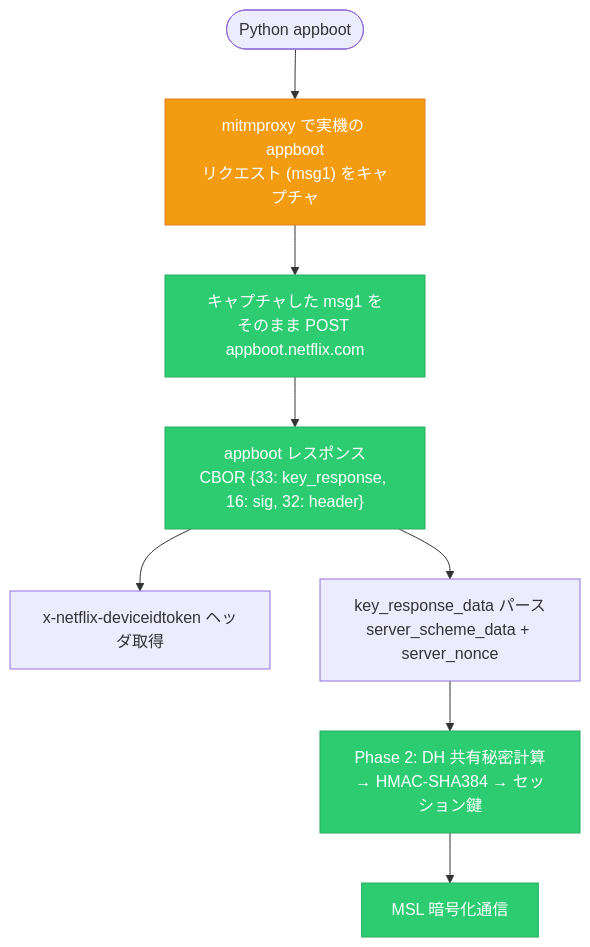
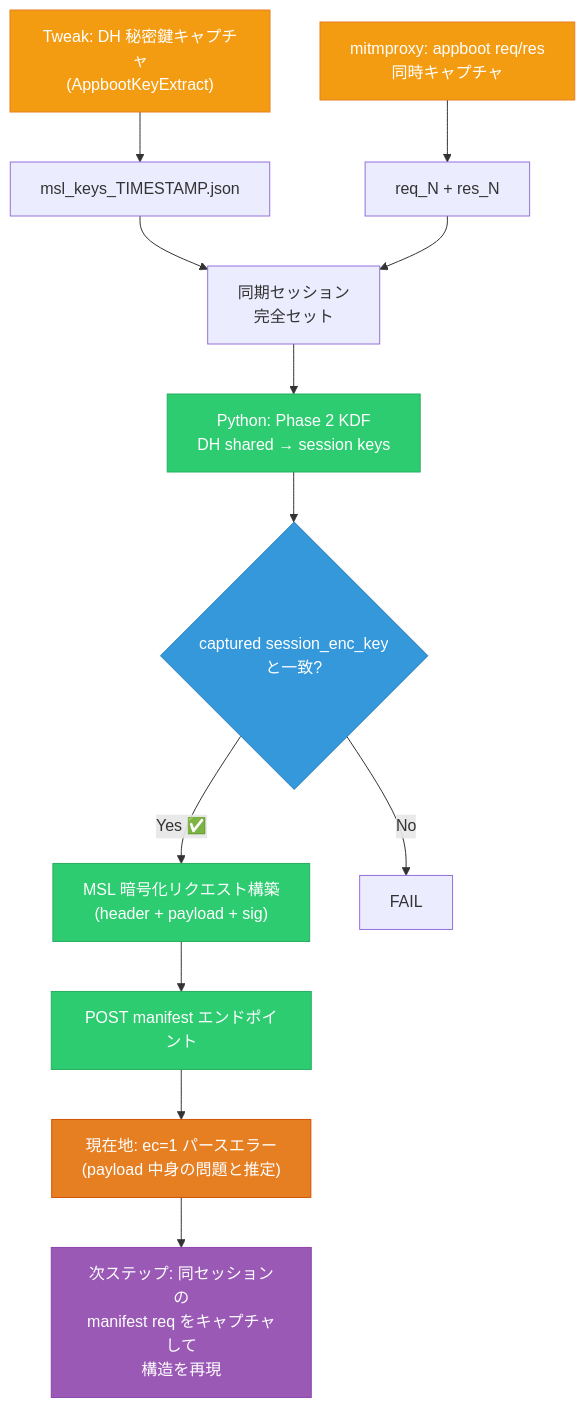
One commit to qtmleap/revkit changed the diagram in docs/spec/appboot_emulator_status.md. Above: the diagram before and after it, drawn with Mermaid. The commit also changed other lines of this file, not shown here.

First line of the commit message:
docs(spec): 同期セッション検証完了、manifest が残る課題を記載

````diff
--- a/docs/spec/appboot_emulator_status.md
+++ b/docs/spec/appboot_emulator_status.md
@@ -10,19 +10,27 @@
 ```mermaid
 flowchart TD
-    START([Python appboot]) --> CAPTURE["mitmproxy で実機の appboot<br/>リクエスト (msg1) をキャプチャ"]
+    CAPTURE["Tweak: DH 秘密鍵キャプチャ<br/>(AppbootKeyExtract)"] --> SAVE["msl_keys_TIMESTAMP.json"]
+    PROXY["mitmproxy: appboot req/res<br/>同時キャプチャ"] --> PAIR["req_N + res_N"]
 
-    CAPTURE --> REPLAY["キャプチャした msg1 を<br/>そのまま POST appboot.netflix.com"]
+    SAVE --> SESSION["同期セッション<br/>完全セット"]
+    PAIR --> SESSION
 
-    REPLAY --> RESP["appboot レスポンス<br/>CBOR {33: key_response, 16: sig, 32: header}"]
-    RESP --> EXTRACT_IDT["x-netflix-deviceidtoken ヘッダ取得"]
-    RESP --> EXTRACT_KRD["key_response_data パース<br/>server_scheme_data + server_nonce"]
+    SESSION --> PHASE2["Python: Phase 2 KDF<br/>DH shared → session keys"]
+    PHASE2 --> VERIFY{"captured session_enc_key<br/>と一致?"}
+    VERIFY -->|"Yes ✅"| MSL["MSL 暗号化リクエスト構築<br/>(header + payload + sig)"]
+    VERIFY -->|"No"| FAIL
 
-    EXTRACT_KRD --> PHASE2["Phase 2: DH 共有秘密計算<br/>→ HMAC-SHA384 → セッション鍵"]
-    PHASE2 --> MSL["MSL 暗号化通信"]
+    MSL --> POST["POST manifest エンドポイント"]
+    POST --> CURRENT["現在地: ec=1 パースエラー<br/>(payload 中身の問題と推定)"]
+
+    CURRENT --> NEXT["次ステップ: 同セッションの<br/>manifest req をキャプチャして<br/>構造を再現"]
 
     style CAPTURE fill:#f39c12,stroke:#e67e22,color:#fff
-    style REPLAY fill:#2ecc71,stroke:#27ae60,color:#fff
-    style RESP fill:#2ecc71,stroke:#27ae60,color:#fff
+    style PROXY fill:#f39c12,stroke:#e67e22,color:#fff
     style PHASE2 fill:#2ecc71,stroke:#27ae60,color:#fff
+    style VERIFY fill:#3498db,stroke:#2980b9,color:#fff
     style MSL fill:#2ecc71,stroke:#27ae60,color:#fff
+    style POST fill:#2ecc71,stroke:#27ae60,color:#fff
+    style CURRENT fill:#e67e22,stroke:#d35400,color:#fff
+    style NEXT fill:#9b59b6,stroke:#8e44ad,color:#fff
 ```
````
